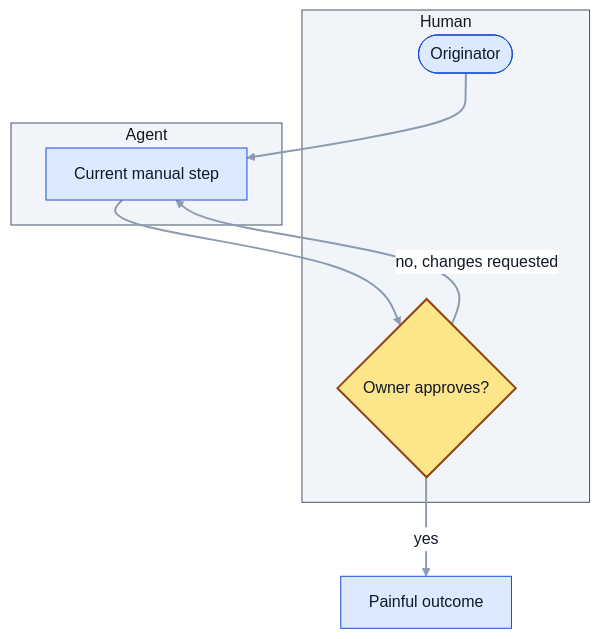
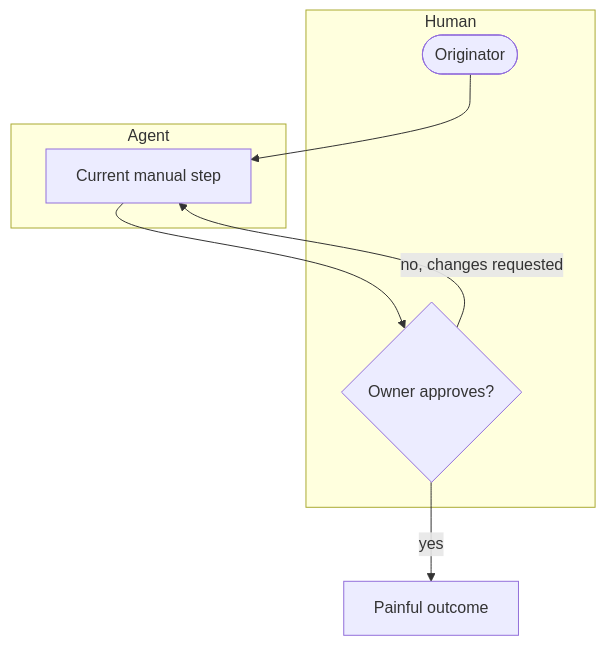
The first of 2 diagrams in skills/agentic-sdlc-bootstrap/assets/templates/intent.md (rafapc2/agentic_sdlc), drawn with Mermaid before and after one commit. The commit also changed other lines of this file and 12 other files, not shown here.

First line of the commit message:
fix: use the default Mermaid theme in diagrams

````diff
--- a/skills/agentic-sdlc-bootstrap/assets/templates/intent.md
+++ b/skills/agentic-sdlc-bootstrap/assets/templates/intent.md
@@ -30,17 +30,13 @@
 ```mermaid
-%%{init: {"theme":"base","themeVariables":{"fontFamily":"Arial, sans-serif","fontSize":"16px","lineColor":"#8b9bb0","textColor":"#111827","primaryTextColor":"#111827","primaryColor":"#dbeafe","primaryBorderColor":"#1d4ed8","edgeLabelBackground":"#ffffff","clusterBkg":"#f1f5f9","clusterBorder":"#475569","titleColor":"#111827"},"flowchart":{"curve":"basis","padding":14}}}%%
 flowchart TD
   subgraph Human
     H1([Originator])
     G{Owner approves?}
   end
   subgraph Agent
     A1[Current manual step]
   end
   H1 --> A1 --> G
   G -- yes --> N[Painful outcome]
   G -- no, changes requested --> A1
-  classDef gate fill:#fde68a,stroke:#92400e,stroke-width:2px,color:#111827;
-  class G gate;
-  linkStyle default stroke-width:2px;
 ```
````
